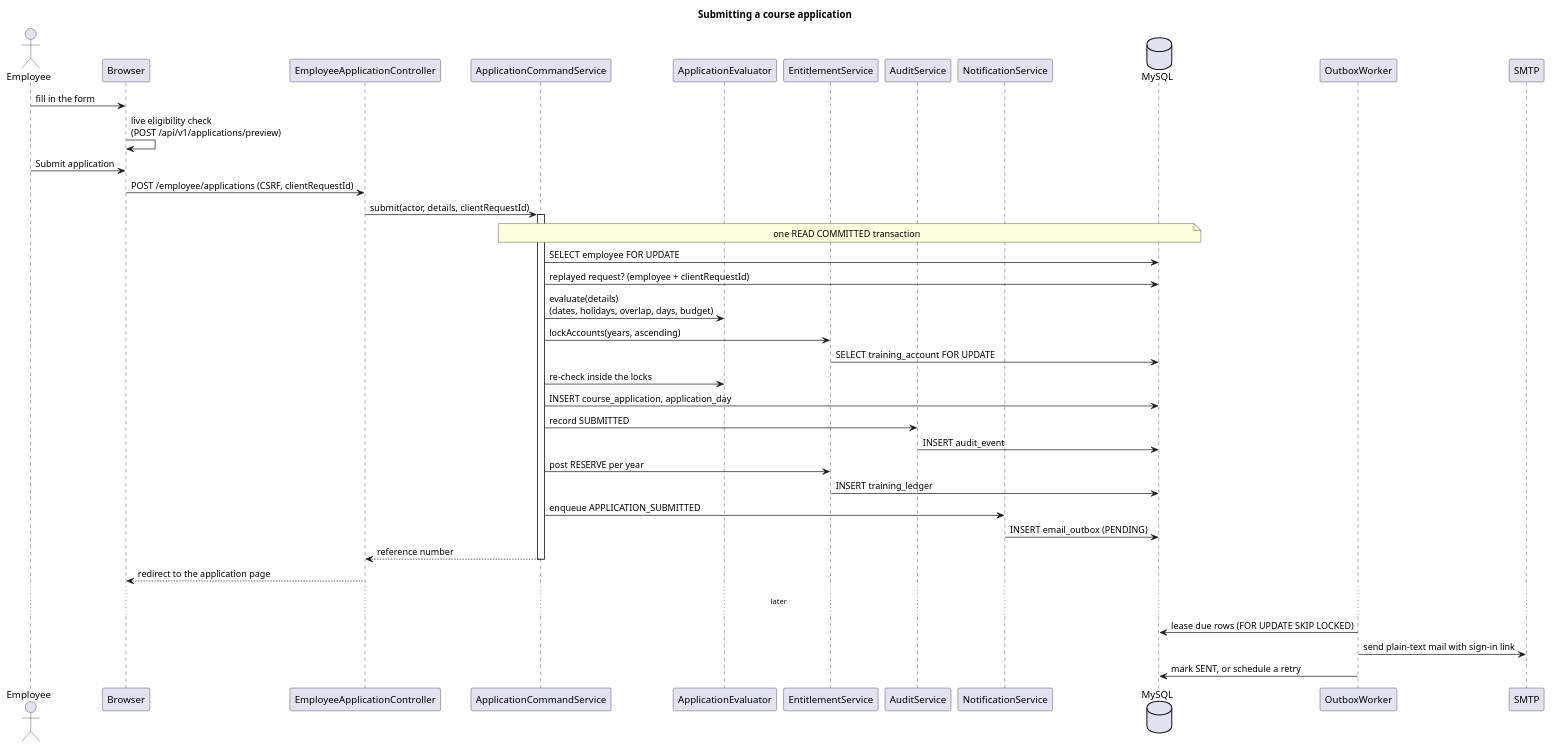
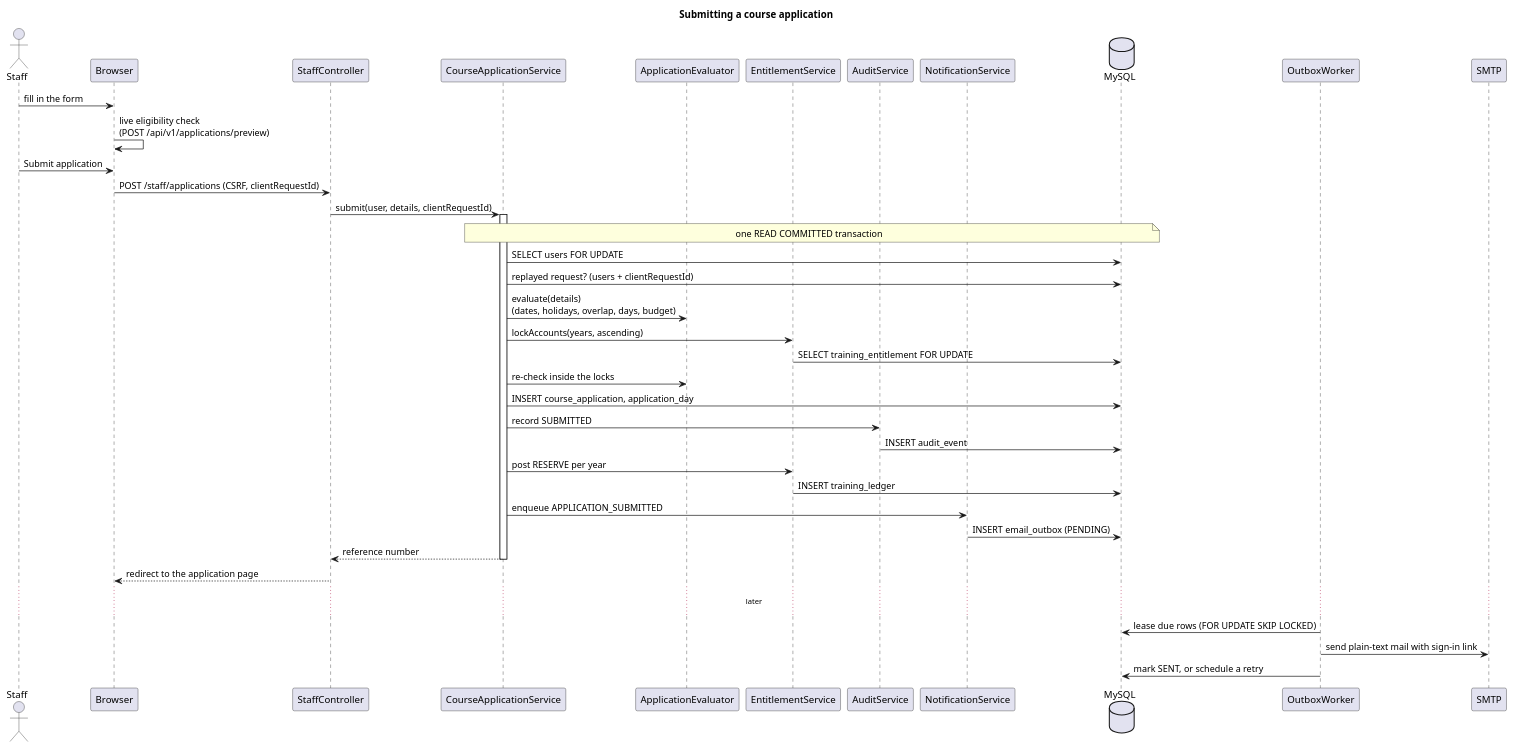
Before and after one commit to narmi924/Uptrail: the diagram in docs/diagrams/submit-sequence.puml, drawn with PlantUML. The commit also changed 341 other files, not shown here.

Commit message:
Align Uptrail with the CATS user hierarchy and MVC flow

```diff
--- a/docs/diagrams/submit-sequence.puml
+++ b/docs/diagrams/submit-sequence.puml
@@ -1,45 +1,45 @@
 @startuml submit-sequence
 title Submitting a course application
 skinparam shadowing false
 skinparam defaultFontName Arial
 
-actor Employee
+actor Staff
 participant "Browser" as B
-participant "EmployeeApplicationController" as C
-participant "ApplicationCommandService" as S
+participant "StaffController" as C
+participant "CourseApplicationService" as S
 participant "ApplicationEvaluator" as E
 participant "EntitlementService" as L
 participant "AuditService" as A
 participant "NotificationService" as N
 database "MySQL" as DB
 participant "OutboxWorker" as W
 participant "SMTP" as M
 
-Employee -> B : fill in the form
+Staff -> B : fill in the form
 B -> B : live eligibility check\n(POST /api/v1/applications/preview)
-Employee -> B : Submit application
-B -> C : POST /employee/applications (CSRF, clientRequestId)
-C -> S : submit(actor, details, clientRequestId)
+Staff -> B : Submit application
+B -> C : POST /staff/applications (CSRF, clientRequestId)
+C -> S : submit(user, details, clientRequestId)
 activate S
 note over S, DB : one READ COMMITTED transaction
-S -> DB : SELECT employee FOR UPDATE
-S -> DB : replayed request? (employee + clientRequestId)
+S -> DB : SELECT users FOR UPDATE
+S -> DB : replayed request? (users + clientRequestId)
 S -> E : evaluate(details)\n(dates, holidays, overlap, days, budget)
 S -> L : lockAccounts(years, ascending)
-L -> DB : SELECT training_account FOR UPDATE
+L -> DB : SELECT training_entitlement FOR UPDATE
 S -> E : re-check inside the locks
 S -> DB : INSERT course_application, application_day
 S -> A : record SUBMITTED
 A -> DB : INSERT audit_event
 S -> L : post RESERVE per year
 L -> DB : INSERT training_ledger
 S -> N : enqueue APPLICATION_SUBMITTED
 N -> DB : INSERT email_outbox (PENDING)
 S --> C : reference number
 deactivate S
 C --> B : redirect to the application page
 ... later ...
 W -> DB : lease due rows (FOR UPDATE SKIP LOCKED)
 W -> M : send plain-text mail with sign-in link
 W -> DB : mark SENT, or schedule a retry
 @enduml
```
